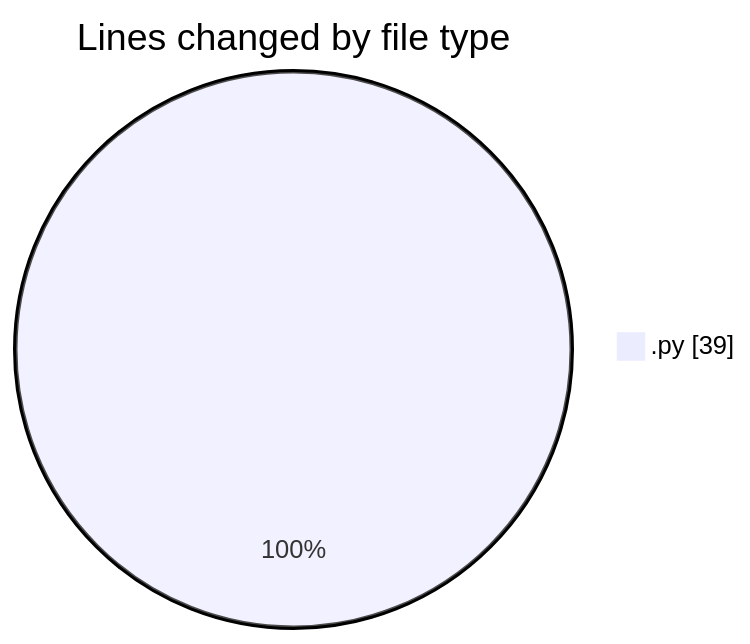
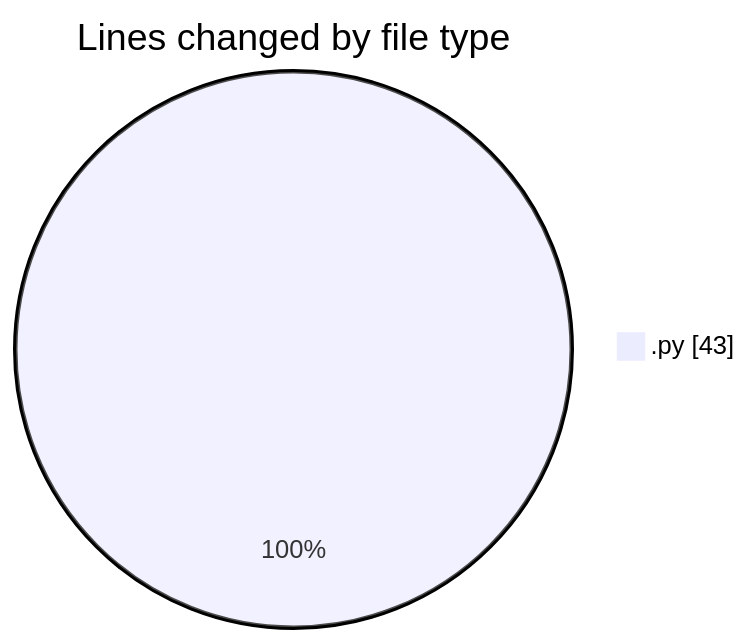
One commit to MatusMokan/code-tracking changed the first of 2 diagrams in 2025-01-12/myws__workspace_/README.md. Above: the diagram before and after it, drawn with Mermaid. The commit also changed other lines of this file and 1 other file, not shown here.

````diff
--- a/2025-01-12/myws__workspace_/README.md
+++ b/2025-01-12/myws__workspace_/README.md
@@ -20,5 +20,5 @@
 ```mermaid
 pie showData
 title Lines changed by file type
-".py" : 39
+".py" : 43
 ```
````
